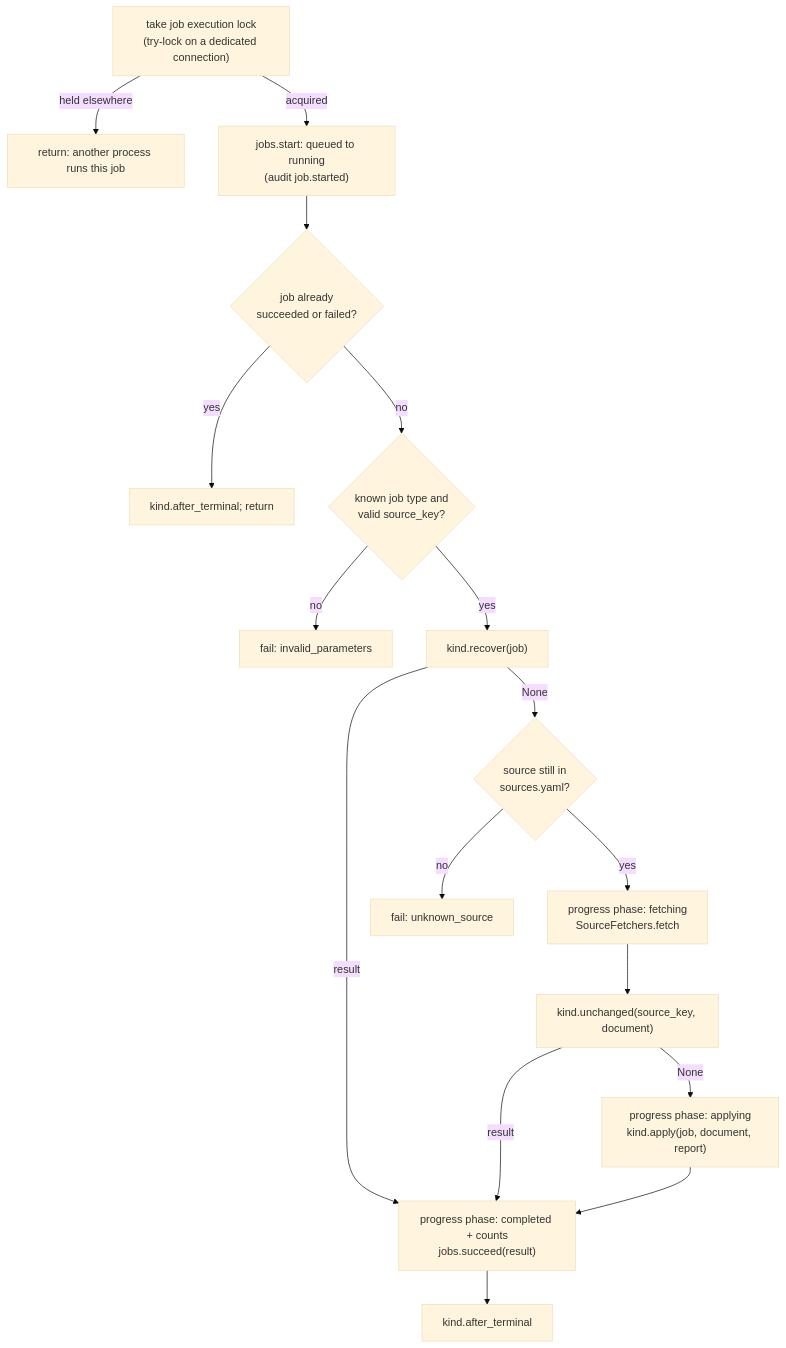
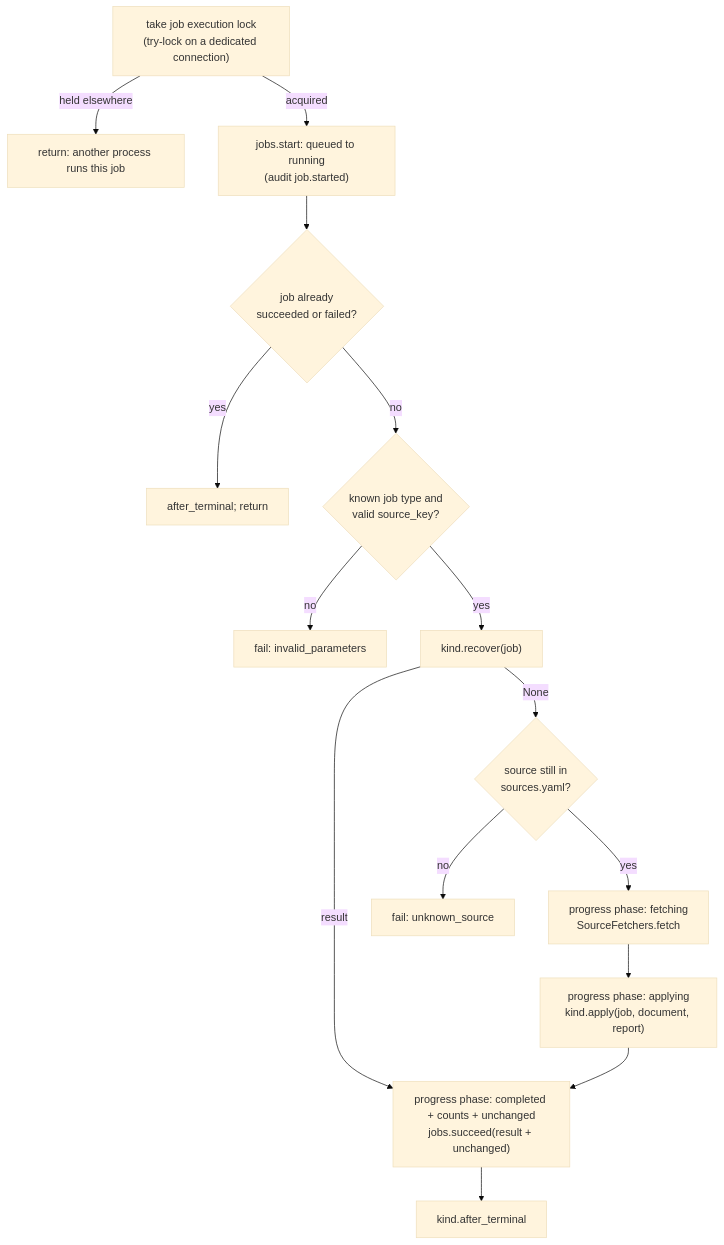
Before and after one commit to geneontology/standard-annotation-backend: the fourth of 5 diagrams in docs/refresh-infrastructure.md, drawn with Mermaid (base theme). The commit also changed other lines of this file and 45 other files, not shown here.

````diff
--- a/docs/refresh-infrastructure.md
+++ b/docs/refresh-infrastructure.md
@@ -157,19 +157,17 @@
 ```mermaid
 flowchart TD
     A["take job execution lock<br/>(try-lock on a dedicated connection)"] -->|held elsewhere| Z1["return: another process runs this job"]
     A -->|acquired| B["jobs.start: queued to running<br/>(audit job.started)"]
     B --> C{"job already<br/>succeeded or failed?"}
-    C -->|yes| Z2["kind.after_terminal; return"]
+    C -->|yes| Z2["after_terminal; return"]
     C -->|no| D{"known job type and<br/>valid source_key?"}
     D -->|no| F1["fail: invalid_parameters"]
     D -->|yes| E["kind.recover(job)"]
     E -->|result| H["finish"]
     E -->|None| G{"source still in<br/>sources.yaml?"}
     G -->|no| F2["fail: unknown_source"]
     G -->|yes| I["progress phase: fetching<br/>SourceFetchers.fetch"]
-    I --> J["kind.unchanged(source_key, document)"]
-    J -->|result| H
-    J -->|None| K["progress phase: applying<br/>kind.apply(job, document, report)"]
+    I --> K["progress phase: applying<br/>kind.apply(job, document, report)"]
     K --> H
-    H["progress phase: completed + counts<br/>jobs.succeed(result)"] --> L["kind.after_terminal"]
+    H["progress phase: completed + counts + unchanged<br/>jobs.succeed(result + unchanged)"] --> L["kind.after_terminal"]
 ```
````
